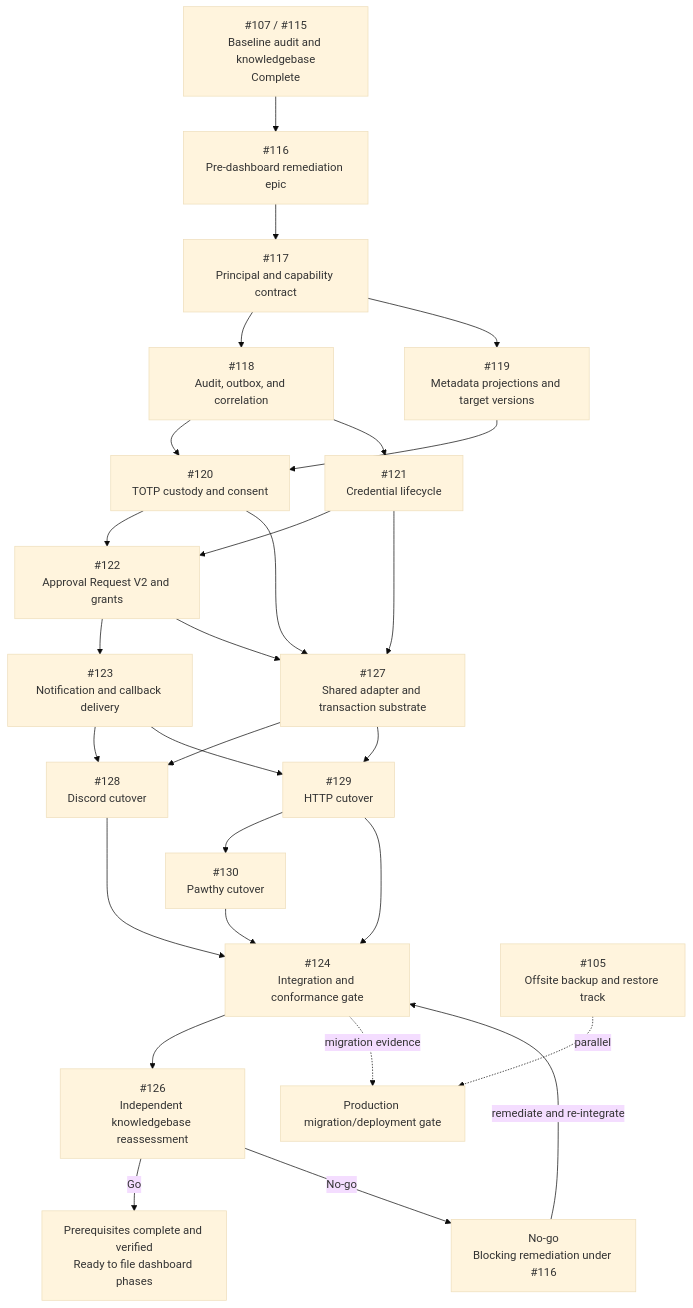
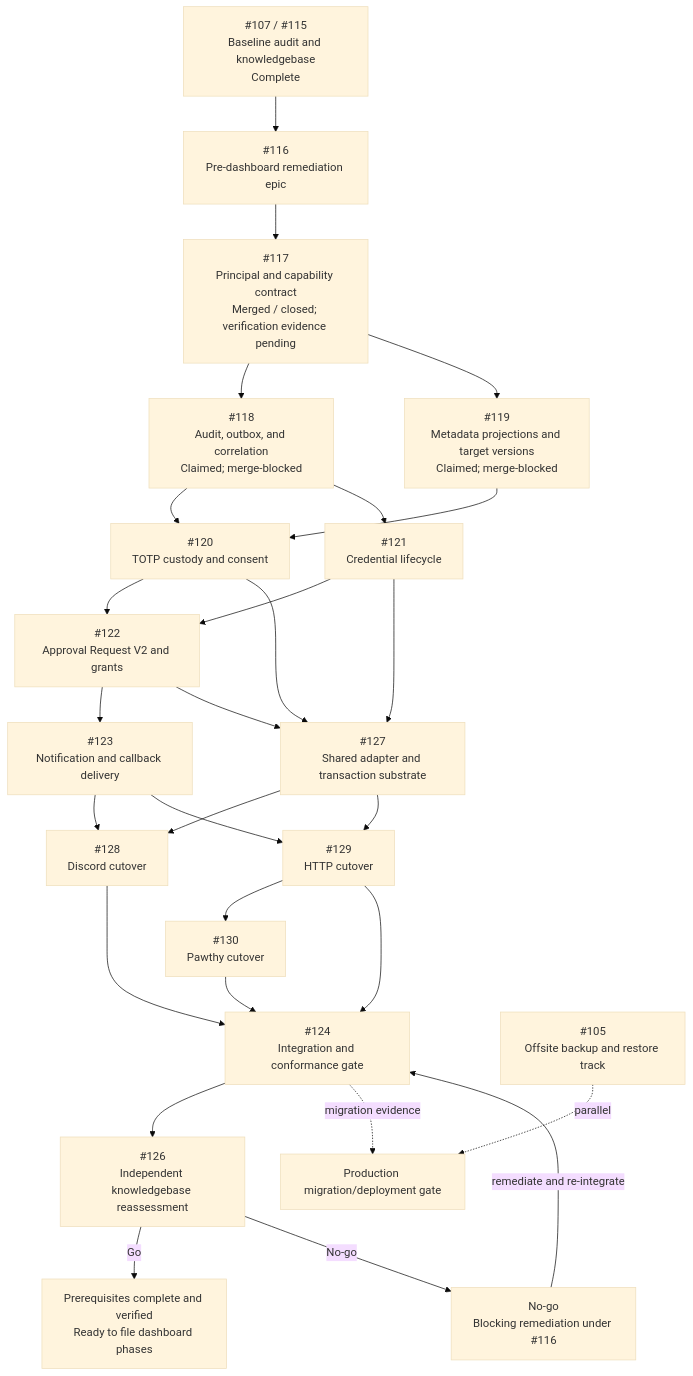
One commit to kuasha420/purrmission changed the diagram in docs/epics/rbac-prerequisite-execution-graph.md. Above: the diagram before and after it, drawn with Mermaid (base theme). The commit also changed other lines of this file and 2 other files, not shown here.

````diff
--- a/docs/epics/rbac-prerequisite-execution-graph.md
+++ b/docs/epics/rbac-prerequisite-execution-graph.md
@@ -63,50 +71,50 @@
 ```mermaid
 flowchart TD
   BASE["#107 / #115<br/>Baseline audit and knowledgebase<br/>Complete"]
   EPIC["#116<br/>Pre-dashboard remediation epic"]
-  I117["#117<br/>Principal and capability contract"]
-  I118["#118<br/>Audit, outbox, and correlation"]
-  I119["#119<br/>Metadata projections and target versions"]
+  I117["#117<br/>Principal and capability contract<br/>Merged / closed; verification evidence pending"]
+  I118["#118<br/>Audit, outbox, and correlation<br/>Claimed; merge-blocked"]
+  I119["#119<br/>Metadata projections and target versions<br/>Claimed; merge-blocked"]
   I120["#120<br/>TOTP custody and consent"]
   I121["#121<br/>Credential lifecycle"]
   I122["#122<br/>Approval Request V2 and grants"]
   I123["#123<br/>Notification and callback delivery"]
   I127["#127<br/>Shared adapter and transaction substrate"]
   I128["#128<br/>Discord cutover"]
   I129["#129<br/>HTTP cutover"]
   I130["#130<br/>Pawthy cutover"]
   I124["#124<br/>Integration and conformance gate"]
   I126["#126<br/>Independent knowledgebase reassessment"]
   READY["Prerequisites complete and verified<br/>Ready to file dashboard phases"]
   NOGO["No-go<br/>Blocking remediation under #116"]
   I105["#105<br/>Offsite backup and restore track"]
   PROD["Production migration/deployment gate"]
 
   BASE --> EPIC
   EPIC --> I117
   I117 --> I118
   I117 --> I119
   I118 --> I120
   I119 --> I120
   I118 --> I121
   I120 --> I122
   I121 --> I122
   I122 --> I123
   I120 --> I127
   I121 --> I127
   I122 --> I127
   I123 --> I128
   I127 --> I128
   I123 --> I129
   I127 --> I129
   I129 --> I130
   I128 --> I124
   I129 --> I124
   I130 --> I124
   I124 --> I126
   I126 -->|Go| READY
   I126 -->|No-go| NOGO
   NOGO -->|remediate and re-integrate| I124
   I105 -. parallel .-> PROD
   I124 -. migration evidence .-> PROD
 ```
````
